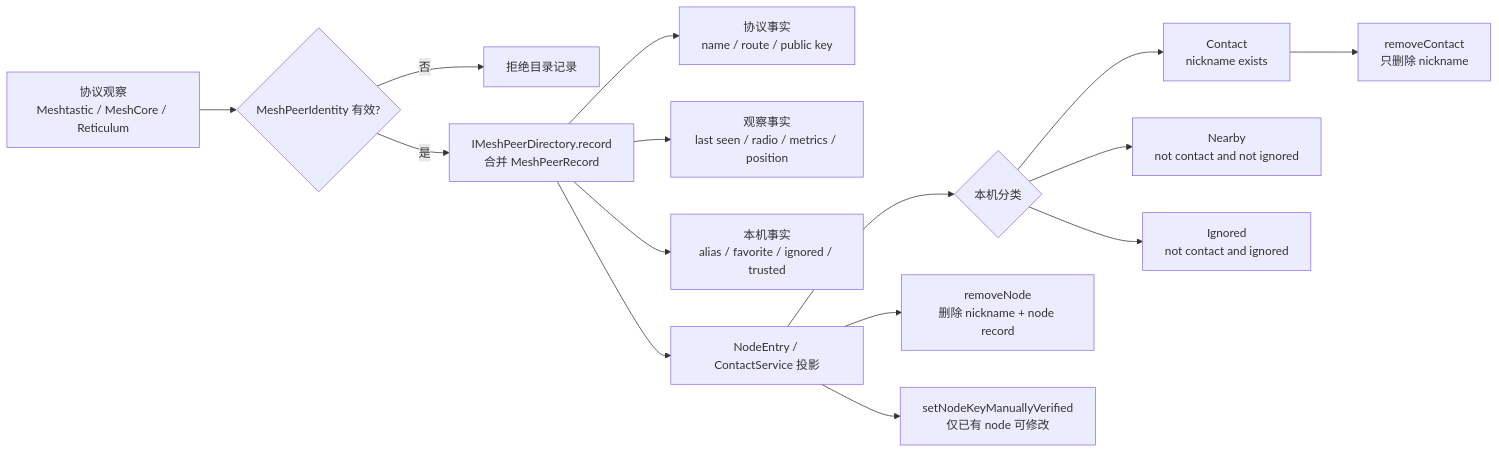
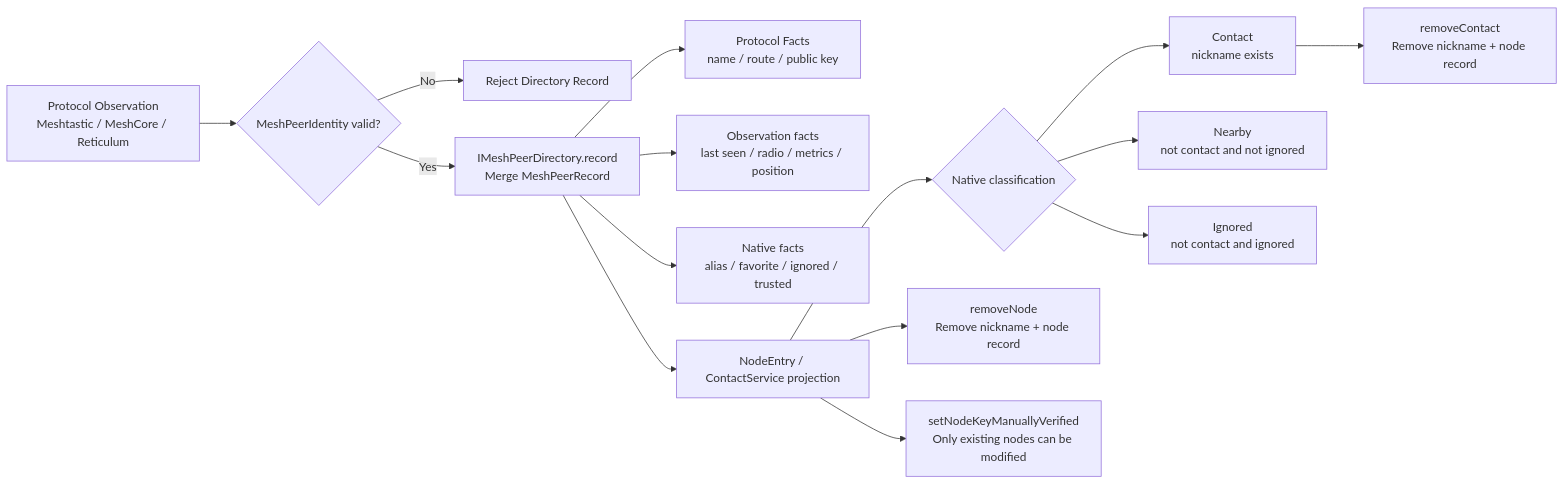
The diagram in docs/models/contact-peer-directory/peer-directory-lifecycle.md (manmuqingshan/trail-mate), drawn with Mermaid before and after one commit. The commit also changed other lines of this file and 527 other files, not shown here.

````diff
--- a/docs/models/contact-peer-directory/peer-directory-lifecycle.md
+++ b/docs/models/contact-peer-directory/peer-directory-lifecycle.md
@@ -5,20 +5,20 @@
 ```mermaid
 flowchart LR
-  Rx["协议观察\nMeshtastic / MeshCore / Reticulum"] --> Identity{"MeshPeerIdentity 有效?"}
-  Identity -->|否| Reject["拒绝目录记录"]
-  Identity -->|是| Directory["IMeshPeerDirectory.record\n合并 MeshPeerRecord"]
+ Rx["Protocol Observation\nMeshtastic / MeshCore / Reticulum"] --> Identity{"MeshPeerIdentity valid?"}
+ Identity -->|No| Reject["Reject Directory Record"]
+ Identity -->|Yes| Directory["IMeshPeerDirectory.record\nMerge MeshPeerRecord"]
 
-  Directory --> ProtocolFacts["协议事实\nname / route / public key"]
-  Directory --> Observations["观察事实\nlast seen / radio / metrics / position"]
-  Directory --> UserFacts["本机事实\nalias / favorite / ignored / trusted"]
+ Directory --> ProtocolFacts["Protocol Facts\nname / route / public key"]
+ Directory --> Observations["Observation facts\nlast seen / radio / metrics / position"]
+ Directory --> UserFacts["Native facts\nalias / favorite / ignored / trusted"]
 
-  Directory --> Legacy["NodeEntry / ContactService 投影"]
-  Legacy --> Nearby{"本机分类"}
+ Directory --> Legacy["NodeEntry / ContactService projection"]
+ Legacy --> Nearby{"Native classification"}
   Nearby --> Contact["Contact\nnickname exists"]
   Nearby --> Seen["Nearby\nnot contact and not ignored"]
   Nearby --> Ignored["Ignored\nnot contact and ignored"]
 
-  Contact --> RemoveContact["removeContact\n只删除 nickname"]
-  Legacy --> RemoveNode["removeNode\n删除 nickname + node record"]
-  Legacy --> Verify["setNodeKeyManuallyVerified\n仅已有 node 可修改"]
+ Contact --> RemoveContact["removeContact\nRemove nickname + node record"]
+ Legacy --> RemoveNode["removeNode\nRemove nickname + node record"]
+ Legacy --> Verify["setNodeKeyManuallyVerified\nOnly existing nodes can be modified"]
 ```
````
